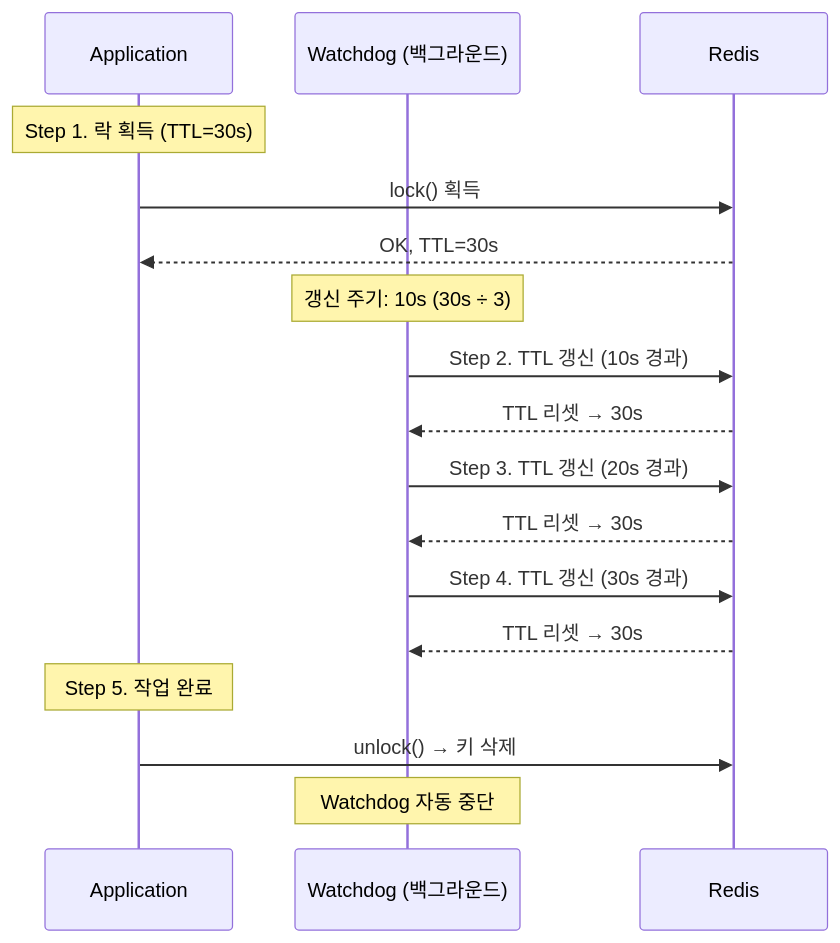
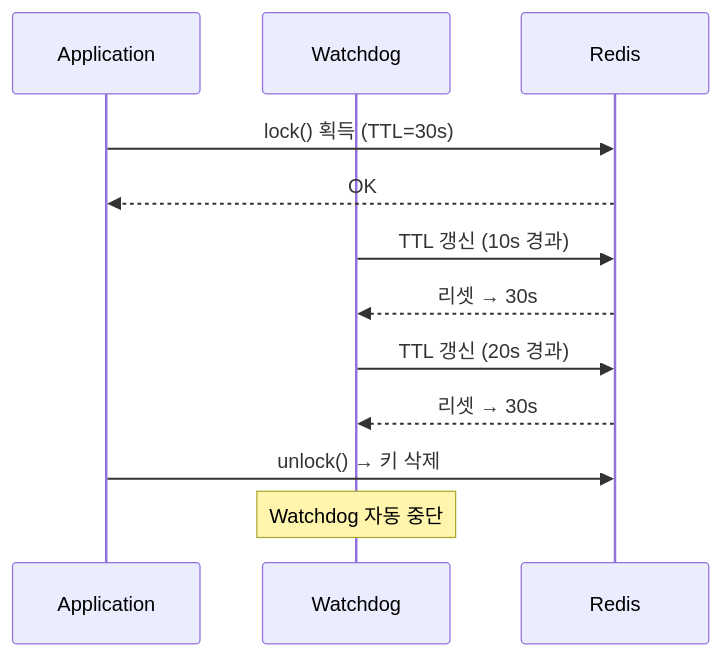
Before and after one commit to yjkim2015/yjkim2015.github.io: the sixth of 15 diagrams in _posts/redis/2026-05-01-redis-distributed-lock.md, drawn with Mermaid. The commit also changed other lines of this file and 215 other files, not shown here.

First line of the commit message:
신규 포스트 10개 추가 + Mermaid 전면 축소 + SystemDesign 시리즈 보강

````diff
--- a/_posts/redis/2026-05-01-redis-distributed-lock.md
+++ b/_posts/redis/2026-05-01-redis-distributed-lock.md
@@ -400,25 +352,14 @@
 ```mermaid
 sequenceDiagram
     participant App as Application
-    participant WD as Watchdog (백그라운드)
+    participant WD as Watchdog
     participant R as Redis
-
-    Note over App: Step 1. 락 획득 (TTL=30s)
-    App->>R: lock() 획득
-    R-->>App: OK, TTL=30s
-
-    Note over WD: 갱신 주기: 10s (30s ÷ 3)
-
-    WD->>R: Step 2. TTL 갱신 (10s 경과)
-    R-->>WD: TTL 리셋 → 30s
-
-    WD->>R: Step 3. TTL 갱신 (20s 경과)
-    R-->>WD: TTL 리셋 → 30s
-
-    WD->>R: Step 4. TTL 갱신 (30s 경과)
-    R-->>WD: TTL 리셋 → 30s
-
-    Note over App: Step 5. 작업 완료
+    App->>R: lock() 획득 (TTL=30s)
+    R-->>App: OK
+    WD->>R: TTL 갱신 (10s 경과)
+    R-->>WD: 리셋 → 30s
+    WD->>R: TTL 갱신 (20s 경과)
+    R-->>WD: 리셋 → 30s
     App->>R: unlock() → 키 삭제
     Note over WD: Watchdog 자동 중단
 ```
````
